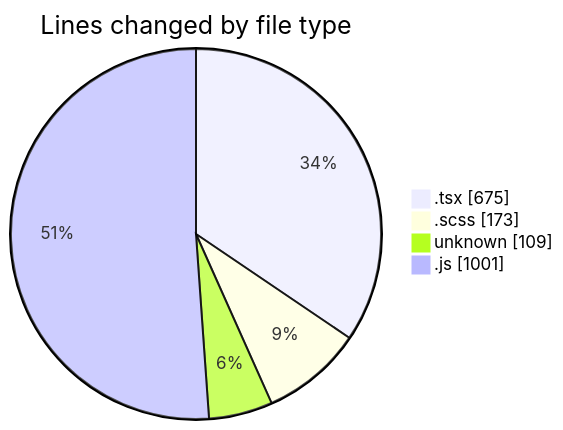
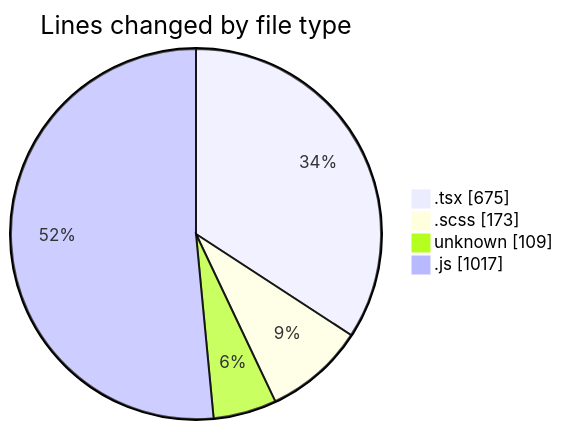
The first of 2 diagrams in 2026-04-16/cda/README.md (momahboobian/code-tracking), drawn with Mermaid before and after one commit. The commit also changed other lines of this file and 1 other file, not shown here.

````diff
--- a/2026-04-16/cda/README.md
+++ b/2026-04-16/cda/README.md
@@ -27,8 +27,8 @@
 ```mermaid
 pie showData
 title Lines changed by file type
 ".tsx" : 675
 ".scss" : 173
 "unknown" : 109
-".js" : 1001
+".js" : 1017
 ```
````
